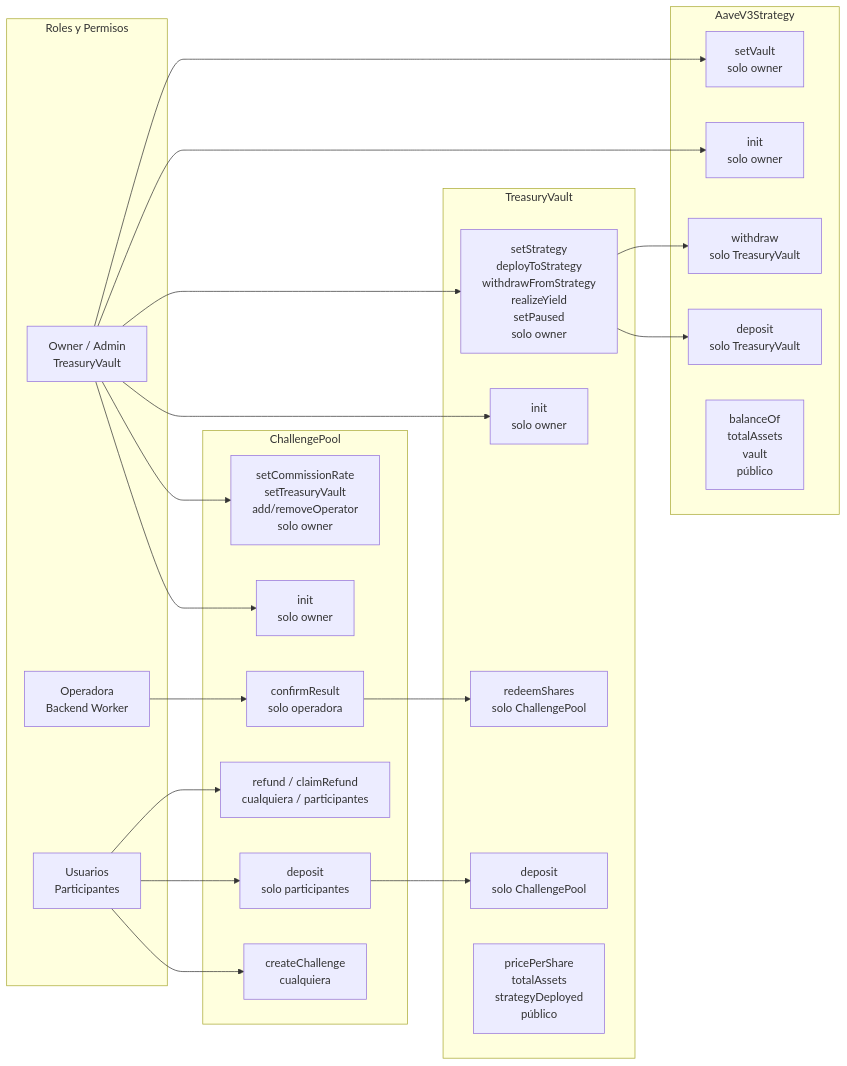
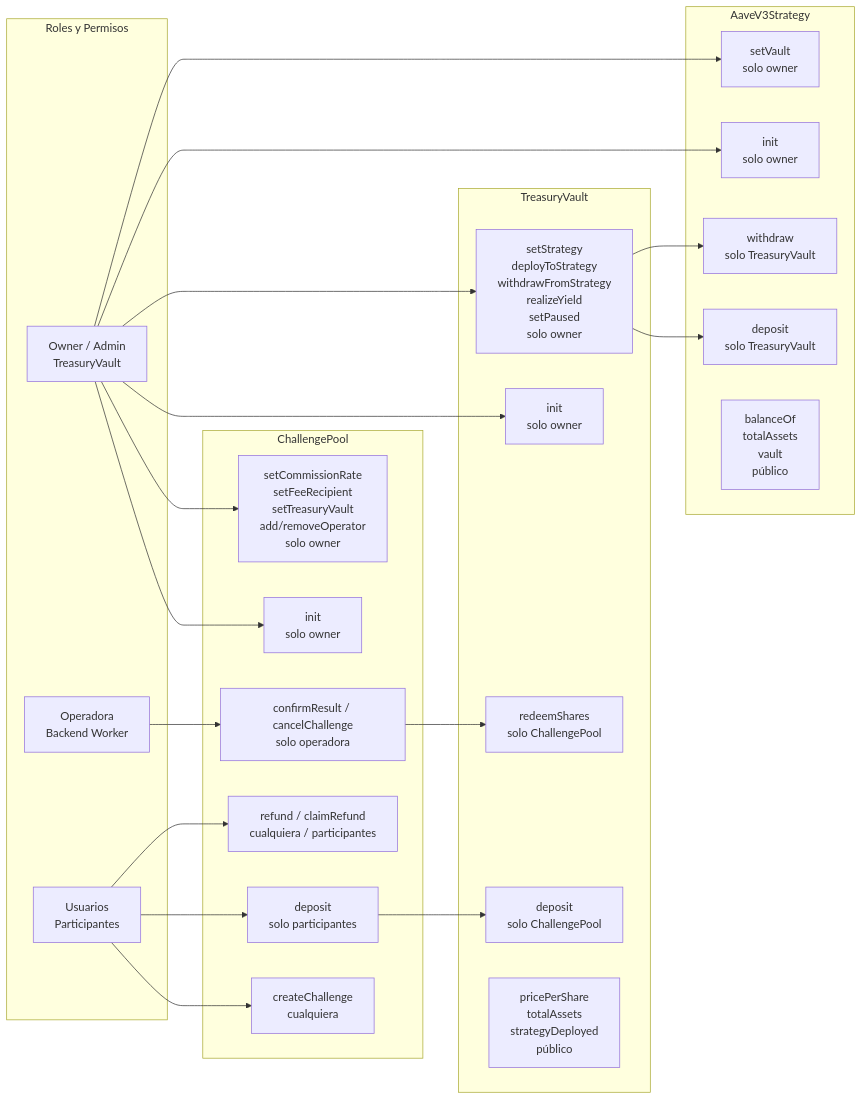
The fourth of 7 diagrams in docs/SDD.md (Zer0-Knowledge-Hack/otter-pot), drawn with Mermaid before and after one commit. The commit also changed other lines of this file and 1 other file, not shown here.

````diff
--- a/docs/SDD.md
+++ b/docs/SDD.md
@@ -256,51 +272,51 @@
 ```mermaid
 graph LR
     subgraph Roles["Roles y Permisos"]
         Owner[Owner / Admin<br/>TreasuryVault]
         Operator[Operadora<br/>Backend Worker]
         Users[Usuarios<br/>Participantes]
     end
 
     subgraph ChallengePool["ChallengePool"]
         CP_Init[init<br/>solo owner]
         CP_Create[createChallenge<br/>cualquiera]
         CP_Deposit[deposit<br/>solo participantes]
-        CP_Confirm[confirmResult<br/>solo operadora]
+        CP_Confirm[confirmResult / cancelChallenge<br/>solo operadora]
         CP_Refund[refund / claimRefund<br/>cualquiera / participantes]
-        CP_Admin[setCommissionRate<br/>setTreasuryVault<br/>add/removeOperator<br/>solo owner]
+        CP_Admin[setCommissionRate<br/>setFeeRecipient<br/>setTreasuryVault<br/>add/removeOperator<br/>solo owner]
     end
 
     subgraph TreasuryVault["TreasuryVault"]
         TV_Init[init<br/>solo owner]
         TV_Deposit[deposit<br/>solo ChallengePool]
         TV_Redeem[redeemShares<br/>solo ChallengePool]
         TV_Strategy[setStrategy<br/>deployToStrategy<br/>withdrawFromStrategy<br/>realizeYield<br/>setPaused<br/>solo owner]
         TV_View[pricePerShare<br/>totalAssets<br/>strategyDeployed<br/>público]
     end
 
     subgraph AaveStrategy["AaveV3Strategy"]
         AS_Init[init<br/>solo owner]
         AS_SetVault[setVault<br/>solo owner]
         AS_Deposit[deposit<br/>solo TreasuryVault]
         AS_Withdraw[withdraw<br/>solo TreasuryVault]
         AS_View[balanceOf<br/>totalAssets<br/>vault<br/>público]
     end
 
     Owner --> CP_Init
     Owner --> CP_Admin
     Owner --> TV_Init
     Owner --> TV_Strategy
     Owner --> AS_Init
     Owner --> AS_SetVault
 
     Operator --> CP_Confirm
 
     Users --> CP_Create
     Users --> CP_Deposit
     Users --> CP_Refund
 
     CP_Deposit --> TV_Deposit
     CP_Confirm --> TV_Redeem
     TV_Strategy --> AS_Deposit
     TV_Strategy --> AS_Withdraw
 ```
````
